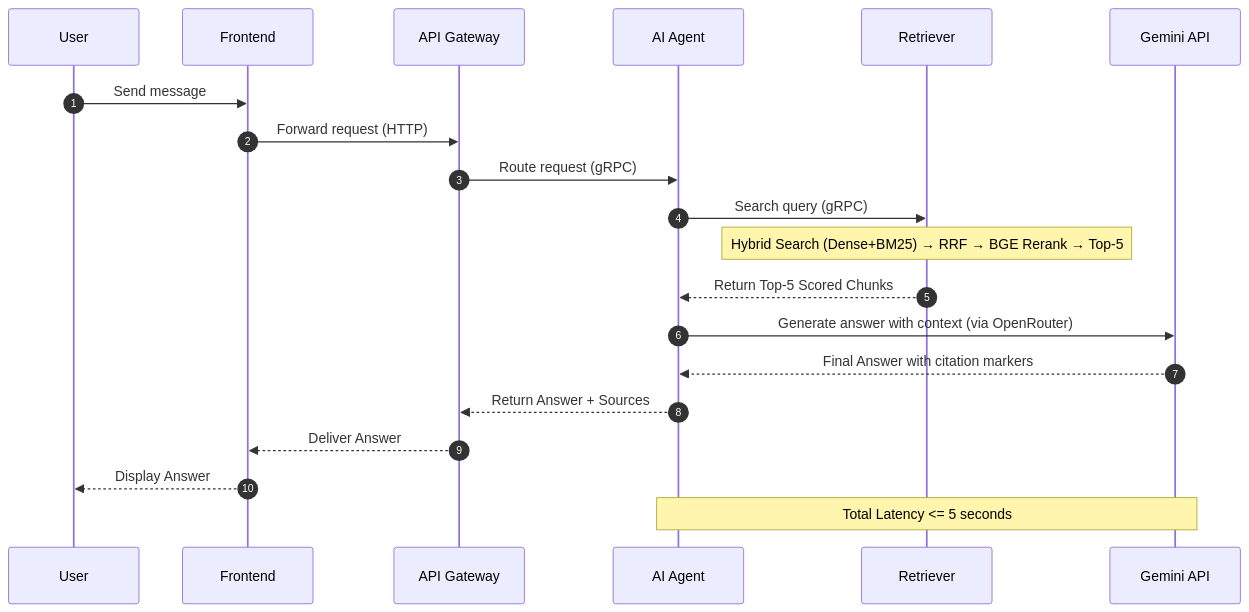
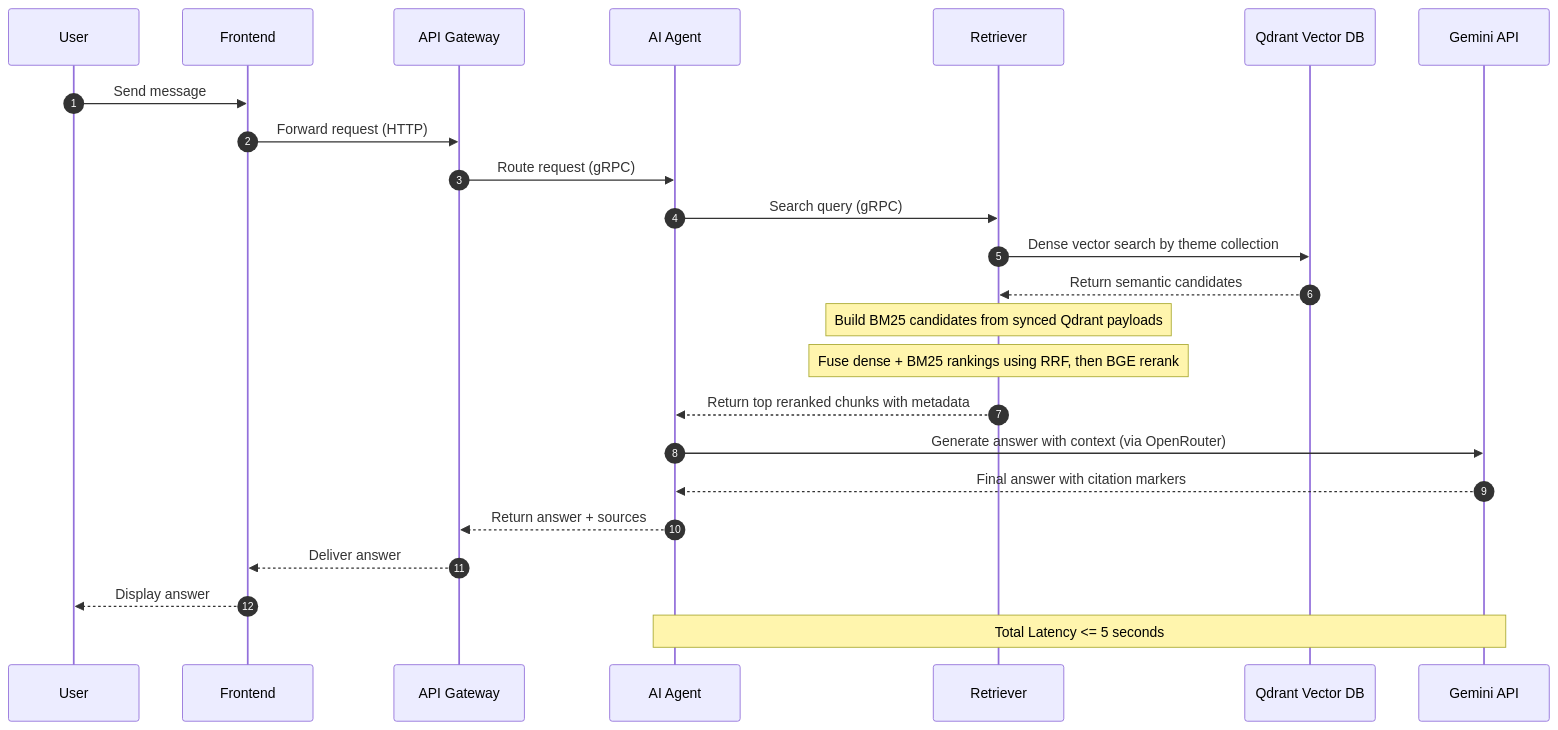
The diagram in diagram/Sequence_corrected.mmd (Alarm24/PhonphaiChatbot), drawn with Mermaid before and after one commit. The commit also changed other lines of this file and 20 other files, not shown here.

Commit message:
[ADD]updateDiagram

```diff
--- a/diagram/Sequence_corrected.mmd
+++ b/diagram/Sequence_corrected.mmd
@@ -1,23 +1,26 @@
-
 sequenceDiagram
     participant U as User
     participant F as Frontend
     participant A as API Gateway
     participant C as AI Agent
     participant R as Retriever
+    participant Q as Qdrant Vector DB
     participant G as Gemini API
 
     autonumber
     U->>F: Send message
     F->>A: Forward request (HTTP)
     A->>C: Route request (gRPC)
     C->>R: Search query (gRPC)
-    Note over R: Hybrid Search (Dense+BM25) → RRF → BGE Rerank → Top-5
-    R-->>C: Return Top-5 Scored Chunks
+    R->>Q: Dense vector search by theme collection
+    Q-->>R: Return semantic candidates
+    Note over R: Build BM25 candidates from synced Qdrant payloads
+    Note over R: Fuse dense + BM25 rankings using RRF, then BGE rerank
+    R-->>C: Return top reranked chunks with metadata
     C->>G: Generate answer with context (via OpenRouter)
-    G-->>C: Final Answer with citation markers
-    C-->>A: Return Answer + Sources
-    A-->>F: Deliver Answer
-    F-->>U: Display Answer
+    G-->>C: Final answer with citation markers
+    C-->>A: Return answer + sources
+    A-->>F: Deliver answer
+    F-->>U: Display answer
 
     Note over C, G: Total Latency <= 5 seconds
```
